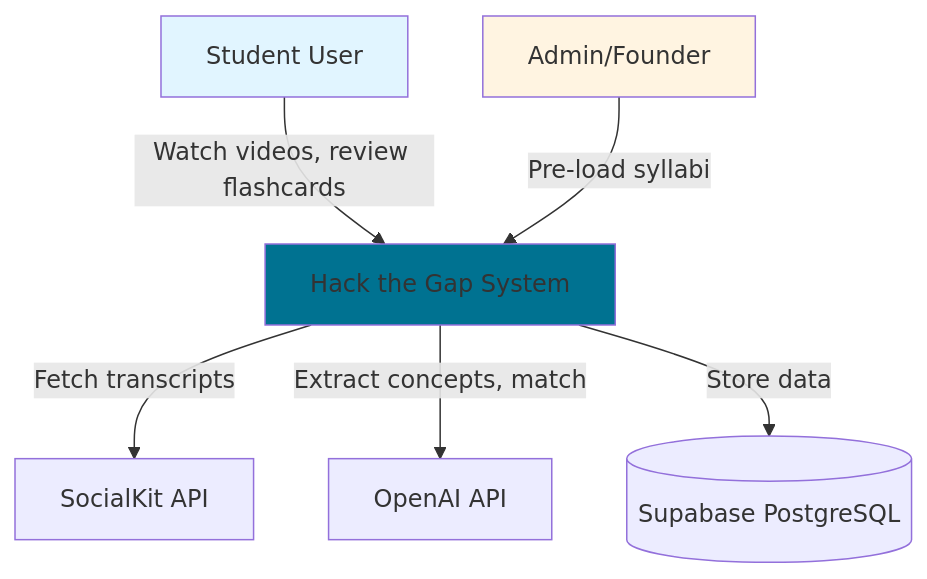
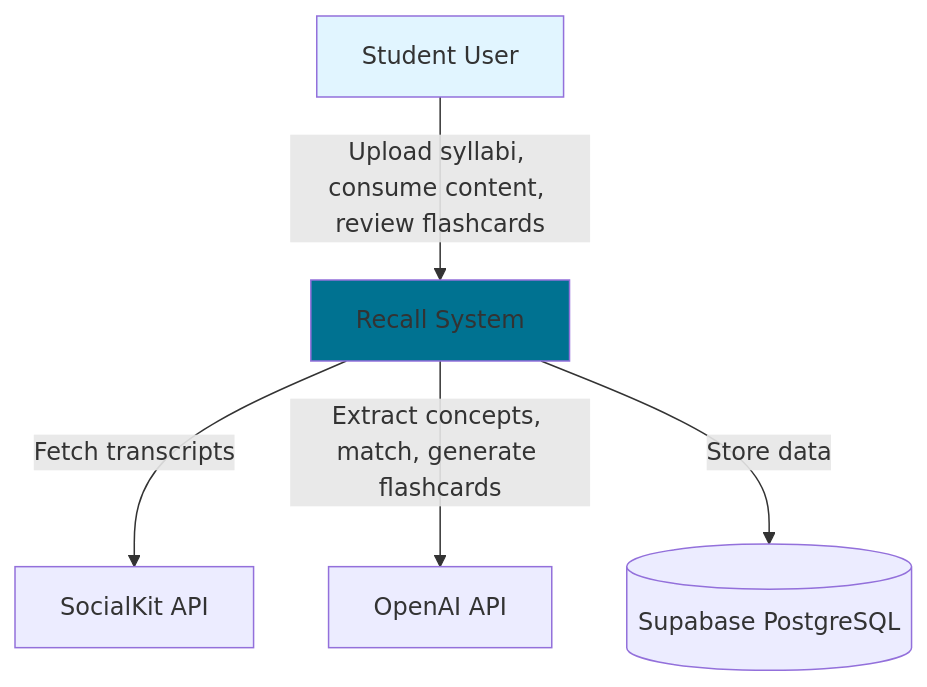
Before and after one commit to hugoganet/hack_the_gap: the first of 4 diagrams in documentation_starter_pack/docs/architecture.md, drawn with Mermaid. The commit also changed other lines of this file and 20 other files, not shown here.

````diff
--- a/documentation_starter_pack/docs/architecture.md
+++ b/documentation_starter_pack/docs/architecture.md
@@ -28,22 +27,19 @@
 ```mermaid
 flowchart TB
     Student[Student User]
-    Admin[Admin/Founder]
     
-    System[Hack the Gap System]
+    System[Recall System]
     
     SocialKit[SocialKit API]
     OpenAI[OpenAI API]
     Supabase[(Supabase PostgreSQL)]
     
-    Student -->|Watch videos, review flashcards| System
-    Admin -->|Pre-load syllabi| System
+    Student -->|Upload syllabi, consume content, review flashcards| System
     
     System -->|Fetch transcripts| SocialKit
-    System -->|Extract concepts, match| OpenAI
+    System -->|Extract concepts, match, generate flashcards| OpenAI
     System -->|Store data| Supabase
     
     style System fill:#007291
     style Student fill:#e1f5ff
-    style Admin fill:#fff4e1
 ```
````
